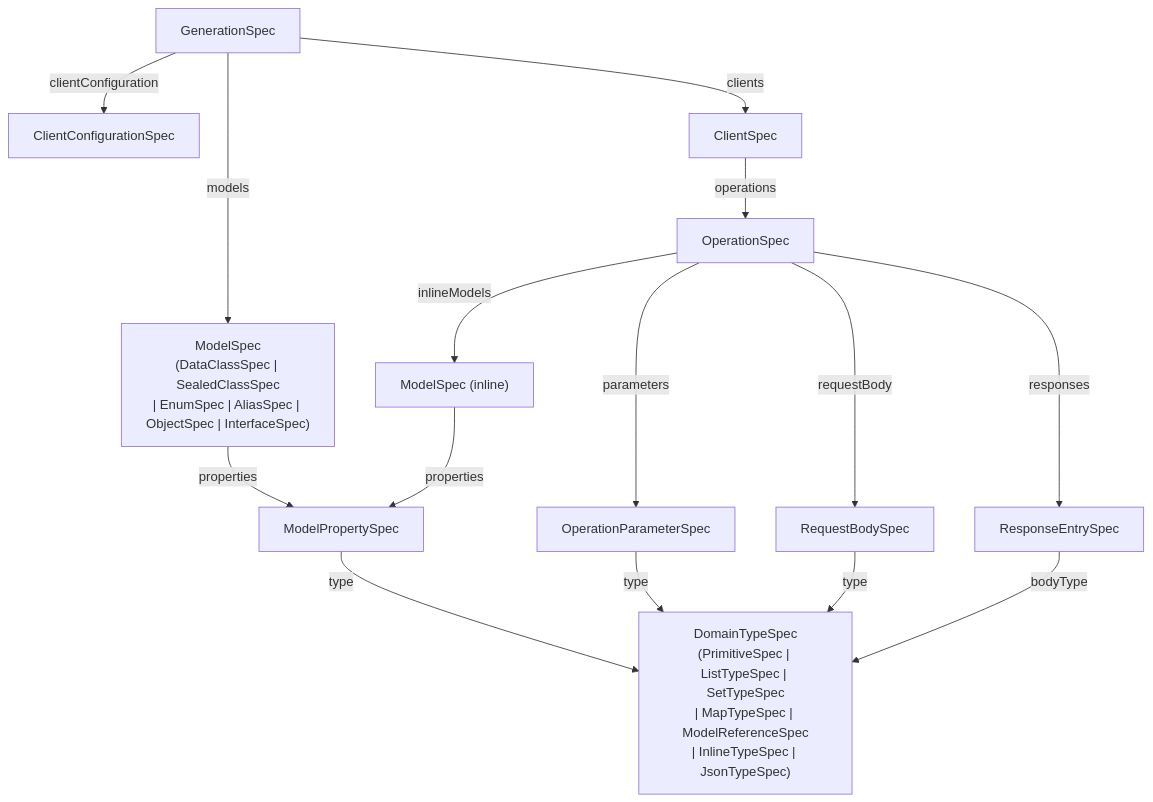
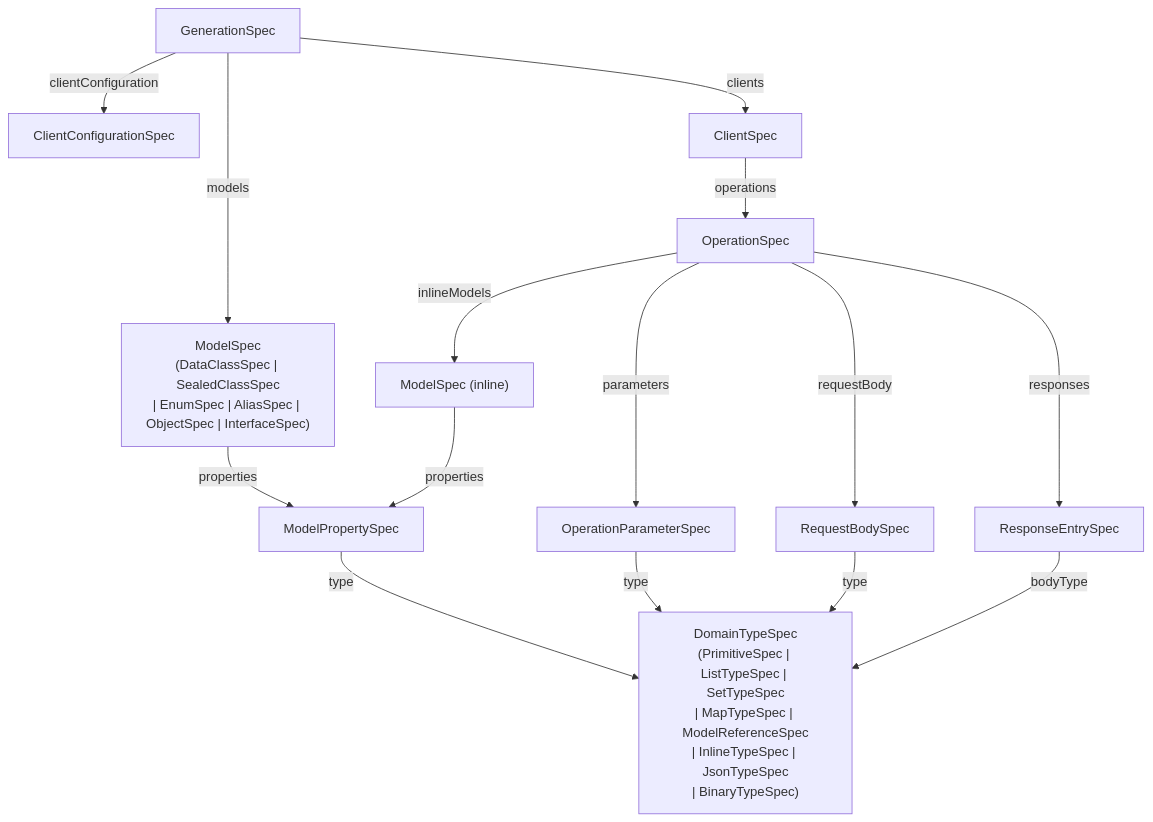
The second of 2 diagrams in AI_CONTEXT.md (Litote/openapi-ktor-client-generator), drawn with Mermaid before and after one commit. The commit also changed other lines of this file and 15 other files, not shown here.

````diff
--- a/AI_CONTEXT.md
+++ b/AI_CONTEXT.md
@@ -463,29 +463,29 @@
 ```mermaid
 graph TD
     GS["GenerationSpec"]
     CC["ClientConfigurationSpec"]
     CS["ClientSpec"]
     OS["OperationSpec"]
     OP["OperationParameterSpec"]
     RB["RequestBodySpec"]
     RE["ResponseEntrySpec"]
     IL["ModelSpec (inline)"]
     MS["ModelSpec\n(DataClassSpec | SealedClassSpec\n| EnumSpec | AliasSpec | ObjectSpec | InterfaceSpec)"]
     MP["ModelPropertySpec"]
-    DT["DomainTypeSpec\n(PrimitiveSpec | ListTypeSpec | SetTypeSpec\n| MapTypeSpec | ModelReferenceSpec\n| InlineTypeSpec | JsonTypeSpec)"]
+    DT["DomainTypeSpec\n(PrimitiveSpec | ListTypeSpec | SetTypeSpec\n| MapTypeSpec | ModelReferenceSpec\n| InlineTypeSpec | JsonTypeSpec\n| BinaryTypeSpec)"]
 
     GS -->|clientConfiguration| CC
     GS -->|clients| CS
     GS -->|models| MS
     CS -->|operations| OS
     OS -->|parameters| OP
     OS -->|requestBody| RB
     OS -->|responses| RE
     OS -->|inlineModels| IL
     MS -->|properties| MP
     IL -->|properties| MP
     MP -->|type| DT
     OP -->|type| DT
     RB -->|type| DT
     RE -->|bodyType| DT
 ```
````
